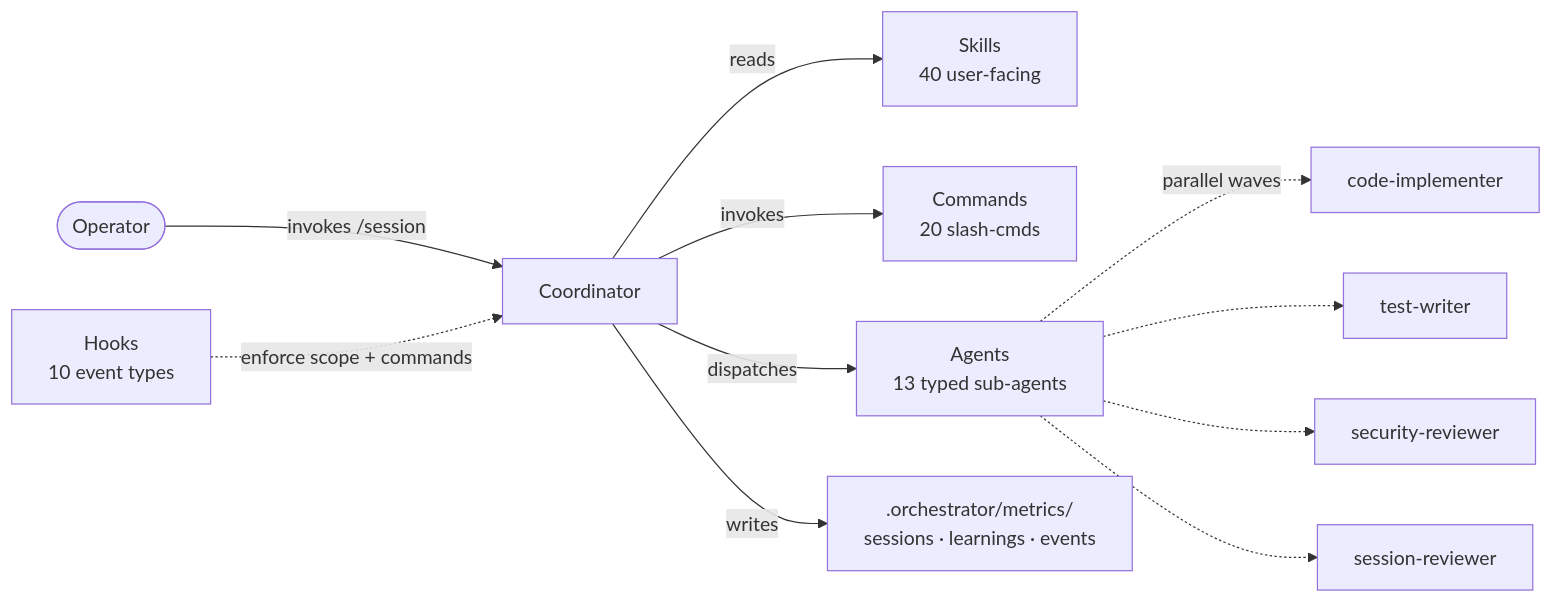
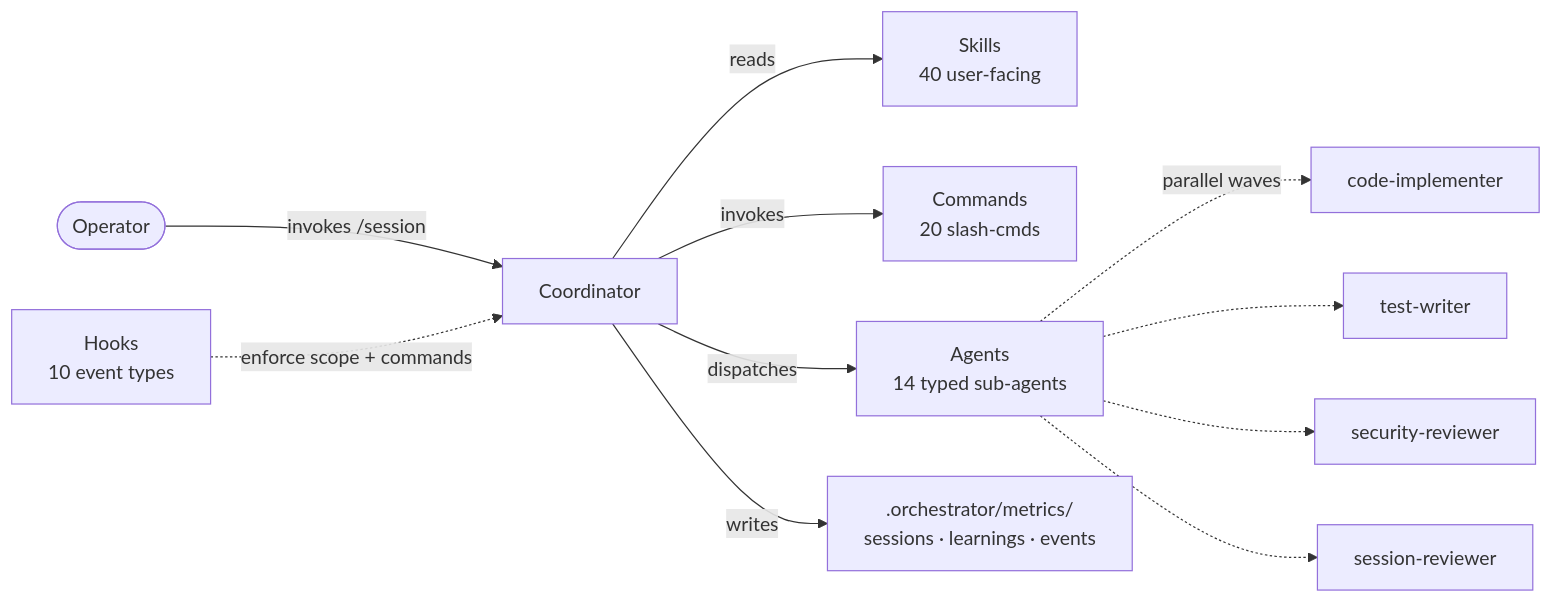
One commit to Kanevry/session-orchestrator changed the third of 3 diagrams in README.md. Above: the diagram before and after it, drawn with Mermaid. The commit also changed other lines of this file and 3 other files, not shown here.

````diff
--- a/README.md
+++ b/README.md
@@ -208,13 +208,13 @@
 ```mermaid
 flowchart LR
     USER([Operator]) -->|invokes /session| COORD[Coordinator]
     COORD -->|reads| SK[Skills<br/>40 user-facing]
     COORD -->|invokes| CMD[Commands<br/>20 slash-cmds]
-    COORD -->|dispatches| AG[Agents<br/>13 typed sub-agents]
+    COORD -->|dispatches| AG[Agents<br/>14 typed sub-agents]
     AG -.->|parallel waves| W1[code-implementer]
     AG -.-> W2[test-writer]
     AG -.-> W3[security-reviewer]
     AG -.-> W4[session-reviewer]
     HOOK[Hooks<br/>10 event types] -.->|enforce scope + commands| COORD
     COORD -->|writes| METRIC[.orchestrator/metrics/<br/>sessions · learnings · events]
 ```
````
